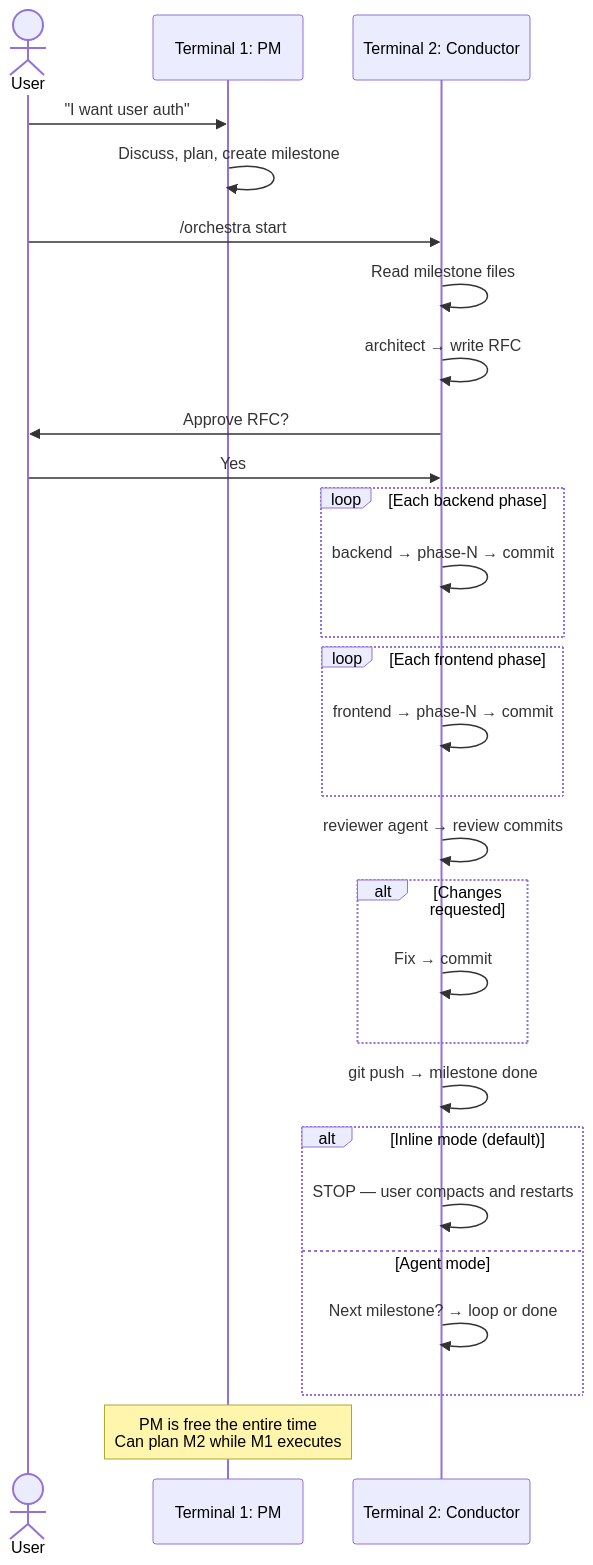
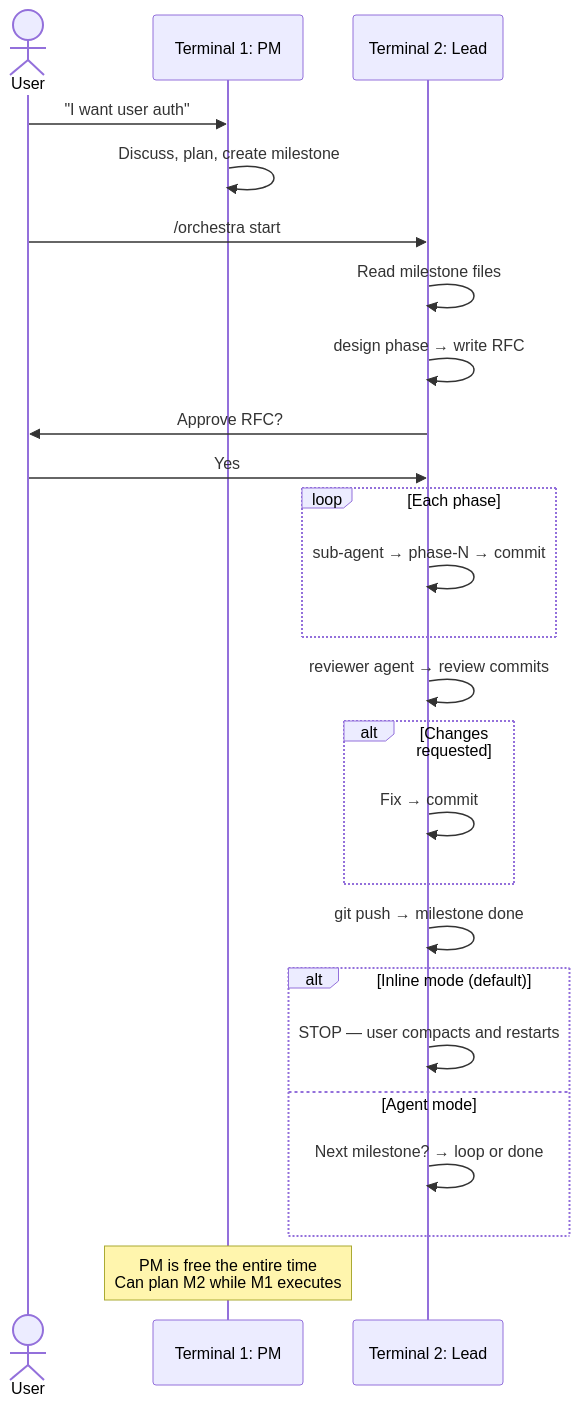
One commit to sulhadin/orchestrator changed the first of 3 diagrams in .orchestra/README.md. Above: the diagram before and after it, drawn with Mermaid. The commit also changed other lines of this file and 40 other files, not shown here.

First line of the commit message:
feat!: replace static agent roles with dynamic Lead architecture

````diff
--- a/.orchestra/README.md
+++ b/.orchestra/README.md
@@ -331,40 +319,36 @@
 ```mermaid
 sequenceDiagram
     actor U as User
     participant PM as Terminal 1: PM
-    participant C as Terminal 2: Conductor
+    participant C as Terminal 2: Lead
 
     U->>PM: "I want user auth"
     PM->>PM: Discuss, plan, create milestone
 
     U->>C: /orchestra start
     C->>C: Read milestone files
 
-    C->>C: architect → write RFC
+    C->>C: design phase → write RFC
     C->>U: Approve RFC?
     U->>C: Yes
 
-    loop Each backend phase
-        C->>C: backend → phase-N → commit
-    end
-
-    loop Each frontend phase
-        C->>C: frontend → phase-N → commit
+    loop Each phase
+        C->>C: sub-agent → phase-N → commit
     end
 
     C->>C: reviewer agent → review commits
 
     alt Changes requested
         C->>C: Fix → commit
     end
 
     C->>C: git push → milestone done
 
     alt Inline mode (default)
         C->>C: STOP — user compacts and restarts
     else Agent mode
         C->>C: Next milestone? → loop or done
     end
 
     Note over PM: PM is free the entire time<br/>Can plan M2 while M1 executes
 ```
````
